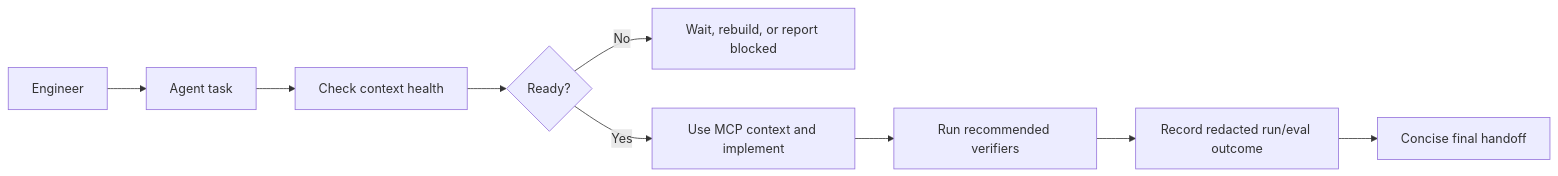
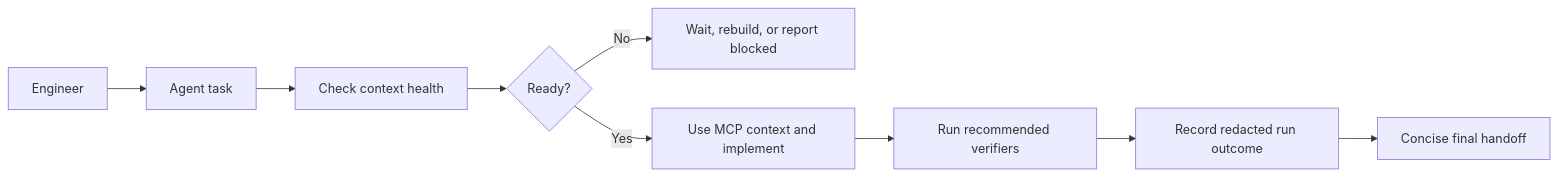
Before and after one commit to MiviaLabs/go-mivia: the second of 3 diagrams in docs/plans/2026-05-31-agent-programming-reliability-roadmap.md, drawn with Mermaid. The commit also changed other lines of this file and 10 other files, not shown here.

Commit message:
docs: prune old plans and split reliability roadmap

````diff
--- a/docs/plans/2026-05-31-agent-programming-reliability-roadmap.md
+++ b/docs/plans/2026-05-31-agent-programming-reliability-roadmap.md
@@ -102,11 +97,11 @@
 ```mermaid
 flowchart LR
   Engineer["Engineer"] --> Agent["Agent task"]
   Agent --> Health["Check context health"]
   Health --> Ready{"Ready?"}
   Ready -->|No| Wait["Wait, rebuild, or report blocked"]
   Ready -->|Yes| Work["Use MCP context and implement"]
   Work --> Verify["Run recommended verifiers"]
-  Verify --> Record["Record redacted run/eval outcome"]
+  Verify --> Record["Record redacted run outcome"]
   Record --> Report["Concise final handoff"]
 ```
````
